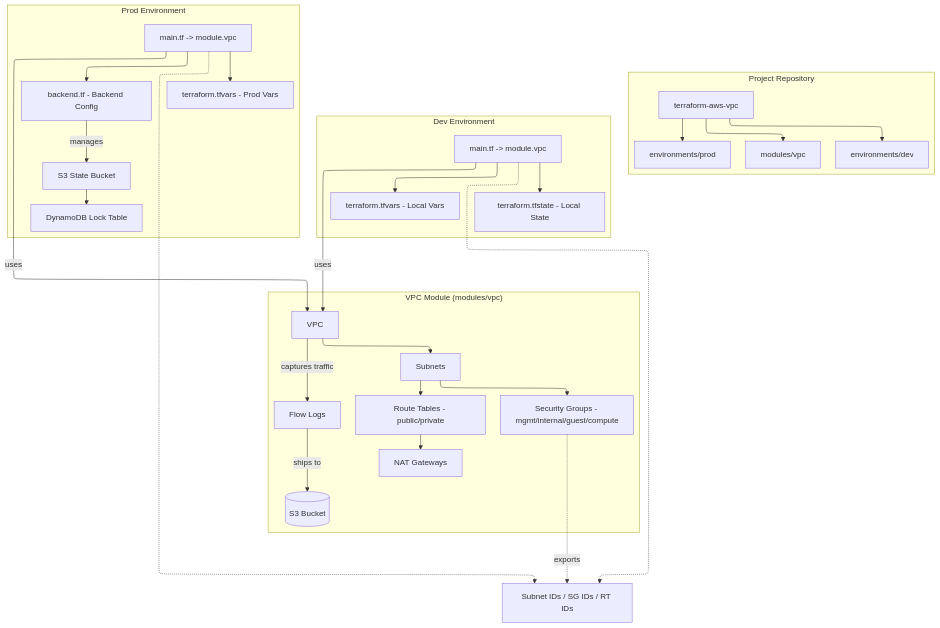
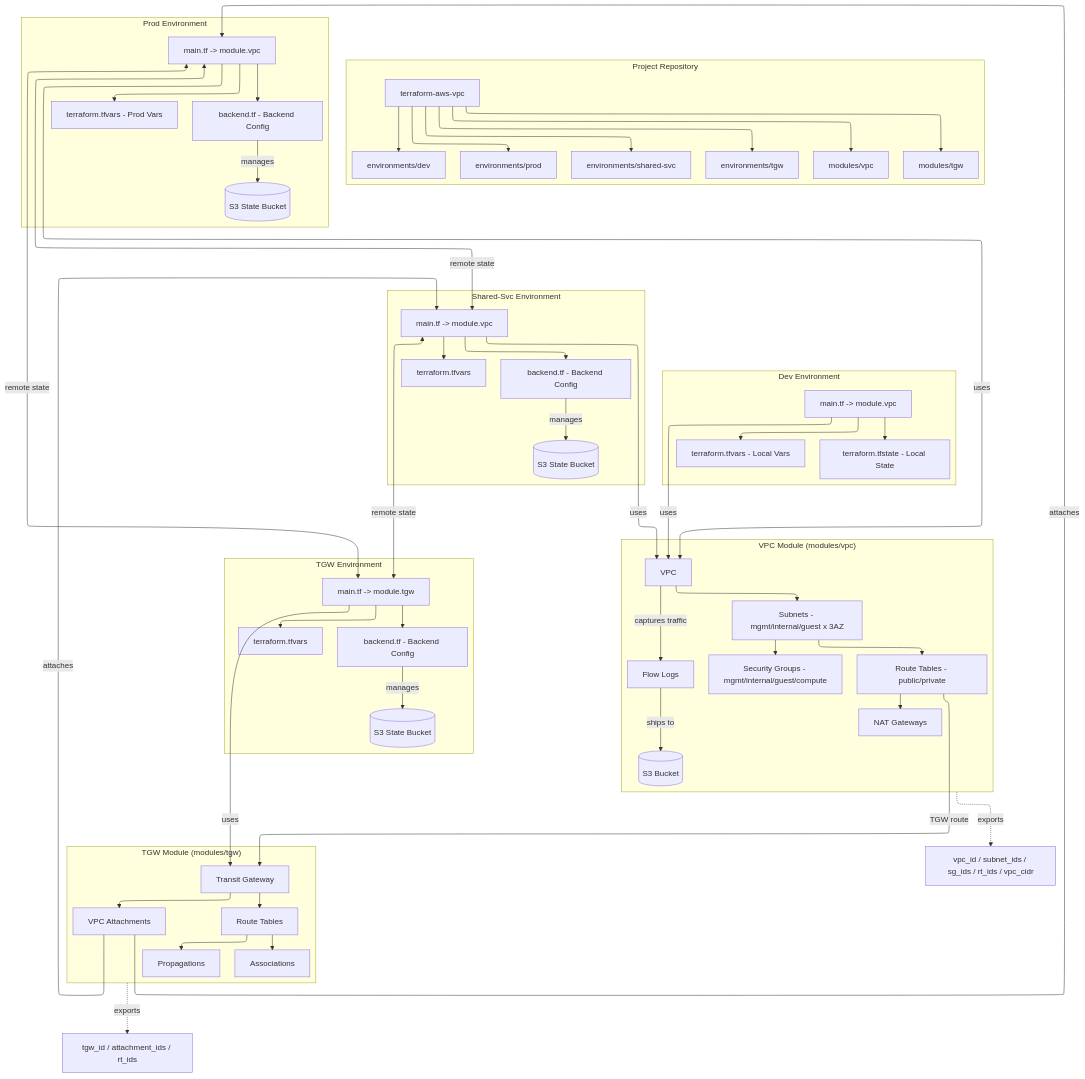
Before and after one commit to m3lcy/terraform-aws-vpc: the first of 4 diagrams in README.md, drawn with Mermaid. The commit also changed other lines of this file, not shown here.

````diff
--- a/README.md
+++ b/README.md
@@ -30,14 +28,17 @@
     direction TB
     A[terraform-aws-vpc]
     A --> B[modules/vpc]
-    A --> C[environments/dev]
-    A --> D[environments/prod]
+    A --> C[modules/tgw]
+    A --> D[environments/dev]
+    A --> E[environments/prod]
+    A --> F[environments/shared-svc]
+    A --> G[environments/tgw]
   end
 
-subgraph VPC_Module ["VPC Module (modules/vpc)"]
+  subgraph VPC_Module ["VPC Module (modules/vpc)"]
     direction TB
     M1[VPC]
-    M2[Subnets]
+    M2[Subnets - mgmt/internal/guest x 3AZ]
     M3[Route Tables - public/private]
     M4[Security Groups - mgmt/internal/guest/compute]
     M5[NAT Gateways]
@@ -49,14 +50,26 @@
     M3 --> M5
     M1 -->|captures traffic| M6
     M6 -->|ships to| M7
-end
+  end
+
+  subgraph TGW_Module ["TGW Module (modules/tgw)"]
+    direction TB
+    T1[Transit Gateway]
+    T2[VPC Attachments]
+    T3[Route Tables]
+    T4[Associations]
+    T5[Propagations]
+    T1 --> T2
+    T1 --> T3
+    T3 --> T4
+    T3 --> T5
+  end
 
   subgraph Dev_Env ["Dev Environment"]
     direction TB
     E1[main.tf -> module.vpc]
     E2[terraform.tfvars - Local Vars]
     E3[terraform.tfstate - Local State]
-    E1 -->|uses| M1
     E1 --> E2
     E1 --> E3
   end
@@ -66,16 +79,48 @@
     P1[main.tf -> module.vpc]
     P2[terraform.tfvars - Prod Vars]
     P3[backend.tf - Backend Config]
-    P4[S3 State Bucket]
-    P5[DynamoDB Lock Table]
-    
-    P1 -->|uses| M1
+    P4[(S3 State Bucket)]
     P1 --> P2
     P1 --> P3
     P3 -->|manages| P4
-    P4 --> P5
-  end  
-  M4 -.->|exports| O[Subnet IDs / SG IDs / RT IDs]
-  E1 -.-> O
-  P1 -.-> O
+  end
+
+  subgraph SharedSvc_Env ["Shared-Svc Environment"]
+    direction TB
+    S1[main.tf -> module.vpc]
+    S2[terraform.tfvars]
+    S3[backend.tf - Backend Config]
+    S4[(S3 State Bucket)]
+    S1 --> S2
+    S1 --> S3
+    S3 -->|manages| S4
+  end
+
+  subgraph TGW_Env ["TGW Environment"]
+    direction TB
+    G1[main.tf -> module.tgw]
+    G2[terraform.tfvars]
+    G3[backend.tf - Backend Config]
+    G4[(S3 State Bucket)]
+    G1 --> G2
+    G1 --> G3
+    G3 -->|manages| G4
+  end
+
+  E1 -->|uses| M1
+  P1 -->|uses| M1
+  S1 -->|uses| M1
+  G1 -->|uses| T1
+
+  P1 <-->|remote state| G1
+  S1 <-->|remote state| G1
+  P1 <-->|remote state| S1
+
+  T2 -->|attaches| P1
+  T2 -->|attaches| S1
+
+  M3 -->|TGW route| T1
+
+  VPC_Module -.->|exports| O[vpc_id / subnet_ids / sg_ids / rt_ids / vpc_cidr]
+  TGW_Module -.->|exports| OT[tgw_id / attachment_ids / rt_ids]
 ```
````
